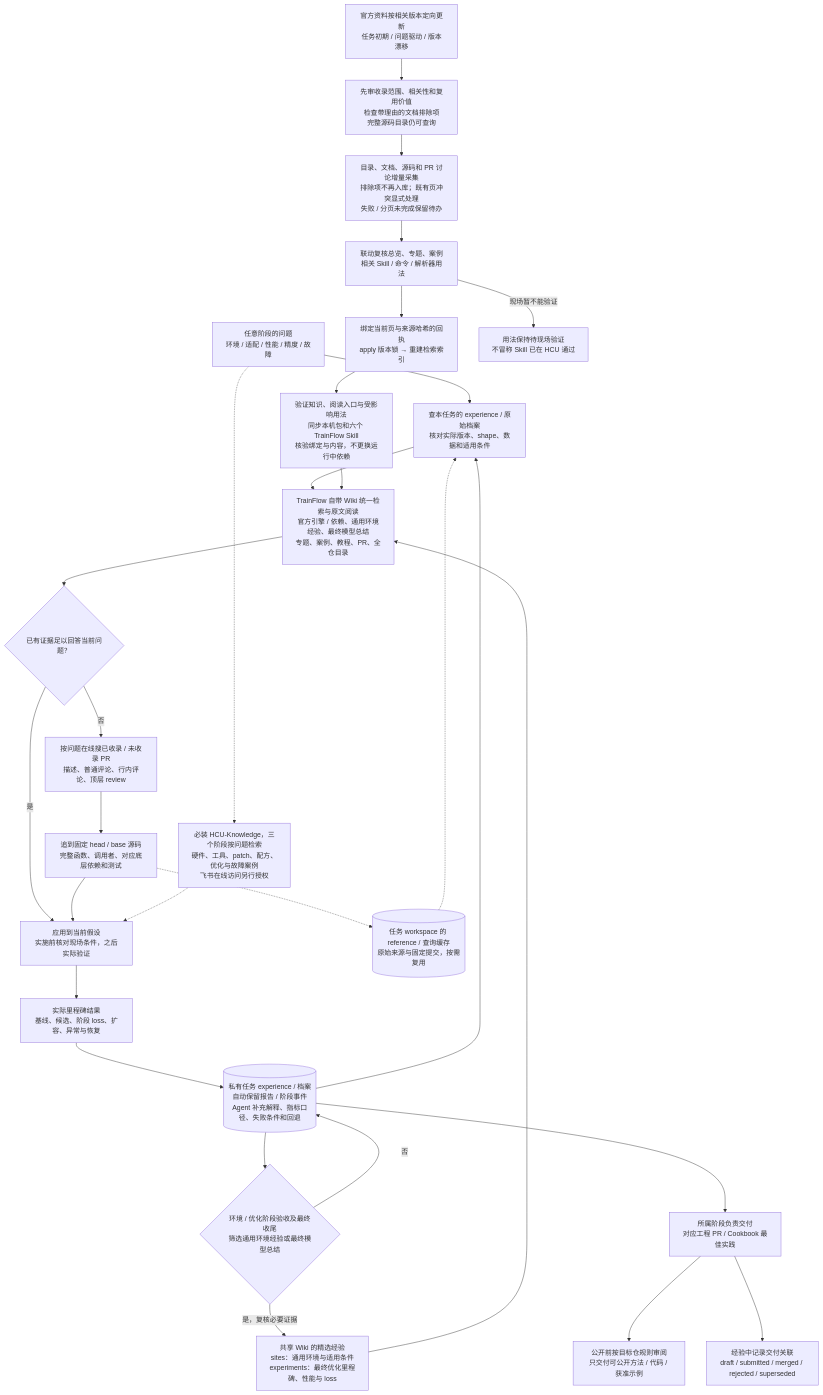
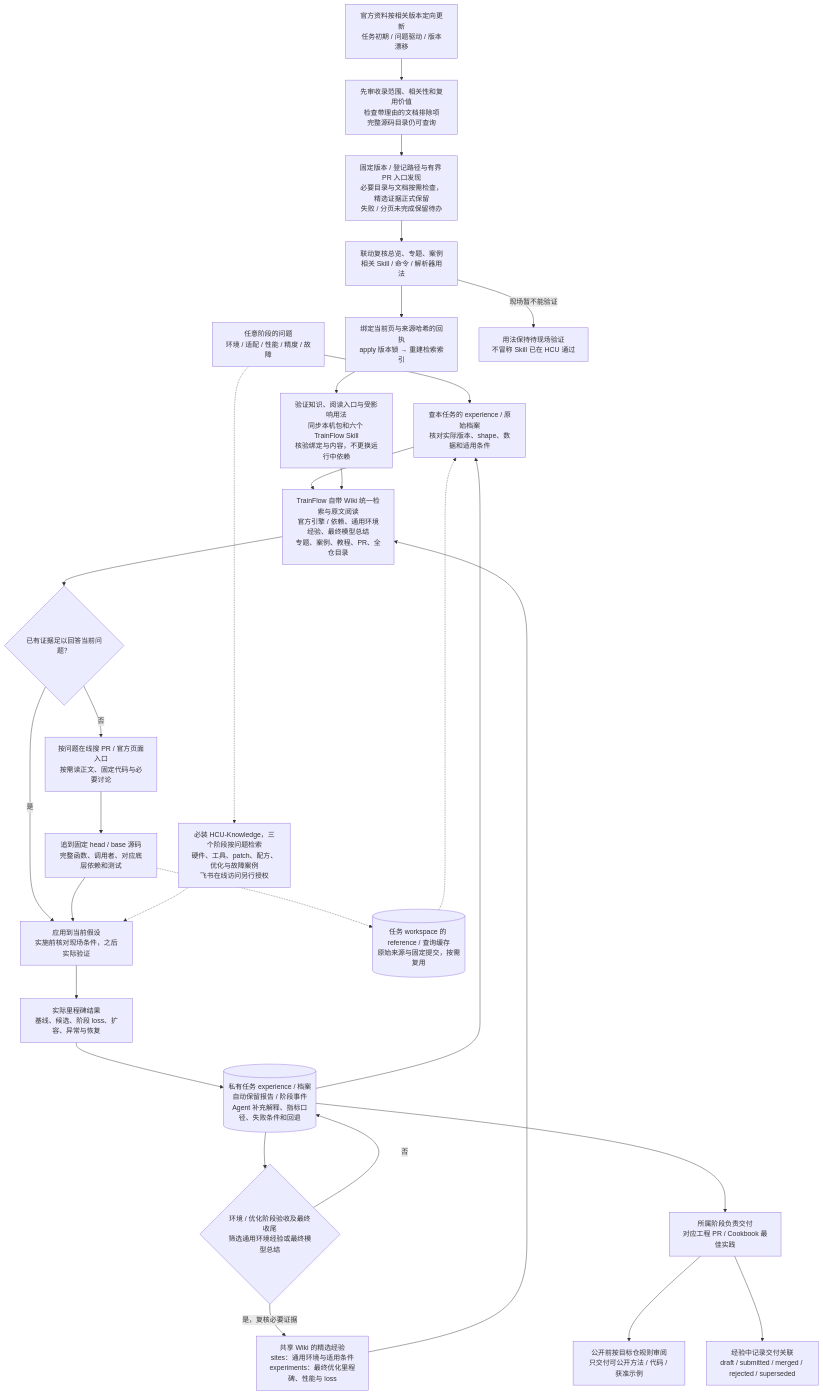
Diagram 14 of 14 in docs/workflow-map.md (yuguo-Jack/HCU-TrainFlow), drawn with Mermaid before and after one commit. The commit also changed 175 other files, not shown here.

````diff
--- a/docs/workflow-map.md
+++ b/docs/workflow-map.md
@@ -507,31 +507,31 @@
 ```mermaid
 flowchart TD
     PROB["任意阶段的问题<br/>环境 / 适配 / 性能 / 精度 / 故障"] --> EXP["查本任务的 experience / 原始档案<br/>核对实际版本、shape、数据和适用条件"]
     EXP --> LOCAL["TrainFlow 自带 Wiki 统一检索与原文阅读<br/>官方引擎 / 依赖、通用环境经验、最终模型总结<br/>专题、案例、教程、PR、全仓目录"]
     LOCAL --> ANSWER{"已有证据足以回答当前问题？"}
     ANSWER -->|是| USE["应用到当前假设<br/>实施前核对现场条件，之后实际验证"]
-    ANSWER -->|否| PR["按问题在线搜已收录 / 未收录 PR<br/>描述、普通评论、行内评论、顶层 review"]
+    ANSWER -->|否| PR["按问题在线搜 PR / 官方页面入口<br/>按需读正文、固定代码与必要讨论"]
     PR --> CODE["追到固定 head / base 源码<br/>完整函数、调用者、对应底层依赖和测试"]
     CODE --> USE
     CODE -.-> CACHE[("任务 workspace 的 reference / 查询缓存<br/>原始来源与固定提交，按需复用")]
     CACHE -.-> EXP
     PROB -.-> HCU["必装 HCU-Knowledge，三个阶段按问题检索<br/>硬件、工具、patch、配方、优化与故障案例<br/>飞书在线访问另行授权"]
     HCU -.-> USE
     USE --> RESULT["实际里程碑结果<br/>基线、候选、阶段 loss、扩容、异常与恢复"]
     RESULT --> PRIVATE[("私有任务 experience / 档案<br/>自动保留报告 / 阶段事件<br/>Agent 补充解释、指标口径、失败条件和回退")]
     PRIVATE --> EXP
     PRIVATE --> CURATE{"环境 / 优化阶段验收及最终收尾<br/>筛选通用环境经验或最终模型总结"}
     CURATE -->|是，复核必要证据| SHARED["共享 Wiki 的精选经验<br/>sites：通用环境与适用条件<br/>experiments：最终优化里程碑、性能与 loss"]
     CURATE -->|否| PRIVATE
     SHARED --> LOCAL
     PRIVATE --> DELIVERY["所属阶段负责交付<br/>对应工程 PR / Cookbook 最佳实践"]
     DELIVERY --> PUBLIC["公开前按目标仓规则审阅<br/>只交付可公开方法 / 代码 / 获准示例"]
     DELIVERY --> TRACK["经验中记录交付关联<br/>draft / submitted / merged / rejected / superseded"]
     REFRESH["官方资料按相关版本定向更新<br/>任务初期 / 问题驱动 / 版本漂移"] --> SCOPE["先审收录范围、相关性和复用价值<br/>检查带理由的文档排除项<br/>完整源码目录仍可查询"]
-    SCOPE --> FETCH["目录、文档、源码和 PR 讨论增量采集<br/>排除项不再入库；既有页冲突显式处理<br/>失败 / 分页未完成保留待办"]
+    SCOPE --> FETCH["固定版本 / 登记路径与有界 PR 入口发现<br/>必要目录与文档按需检查，精选证据正式保留<br/>失败 / 分页未完成保留待办"]
     FETCH --> IMPACT["联动复核总览、专题、案例<br/>相关 Skill / 命令 / 解析器用法"]
     IMPACT --> APPLY["绑定当前页与来源哈希的回执<br/>apply 版本锁 → 重建检索索引"]
     APPLY --> INSTALL["验证知识、阅读入口与受影响用法<br/>同步本机包和六个 TrainFlow Skill<br/>核验绑定与内容，不更换运行中依赖"]
     INSTALL --> LOCAL
     IMPACT -->|现场暂不能验证| PENDING["用法保持待现场验证<br/>不冒称 Skill 已在 HCU 通过"]
 ```
````
